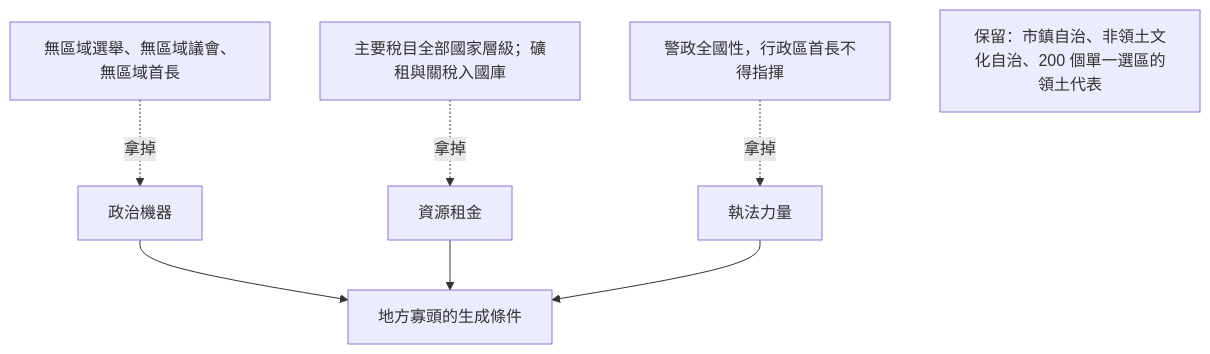
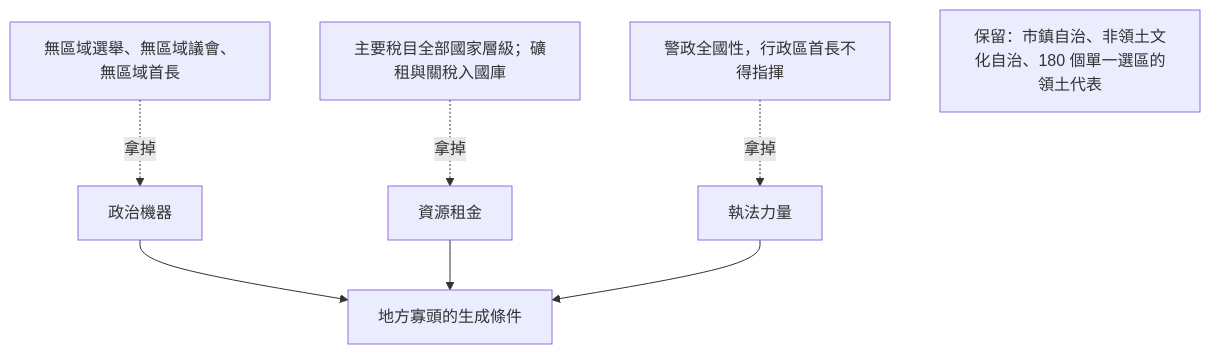
Before and after one commit to IRonROOT578/Political-Economy-Research-Public: the second of 11 diagrams in topics/regime-designs/designs/俄羅斯/一院總統制/憲政架構圖.md, drawn with Mermaid. The commit also changed other lines of this file and 62 other files, not shown here.

````diff
--- a/topics/regime-designs/designs/俄羅斯/一院總統制/憲政架構圖.md
+++ b/topics/regime-designs/designs/俄羅斯/一院總統制/憲政架構圖.md
@@ -26,11 +26,11 @@
 ```mermaid
 flowchart TD
   Oli[地方寡頭的生成條件]
   M1[政治機器] --> Oli
   M2[資源租金] --> Oli
   M3[執法力量] --> Oli
   X1[無區域選舉、無區域議會、無區域首長] -.->|拿掉| M1
   X2[主要稅目全部國家層級；礦租與關稅入國庫] -.->|拿掉| M2
   X3[警政全國性，行政區首長不得指揮] -.->|拿掉| M3
-  Keep[保留：市鎮自治、非領土文化自治、200 個單一選區的領土代表]
+  Keep[保留：市鎮自治、非領土文化自治、180 個單一選區的領土代表]
 ```
````
